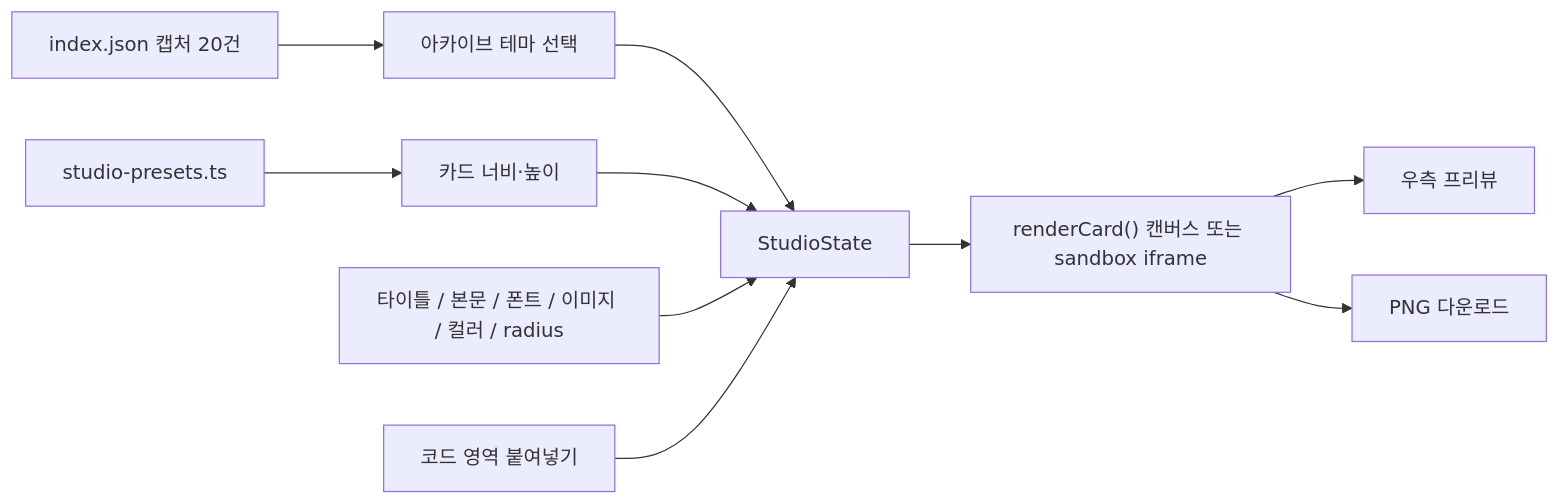
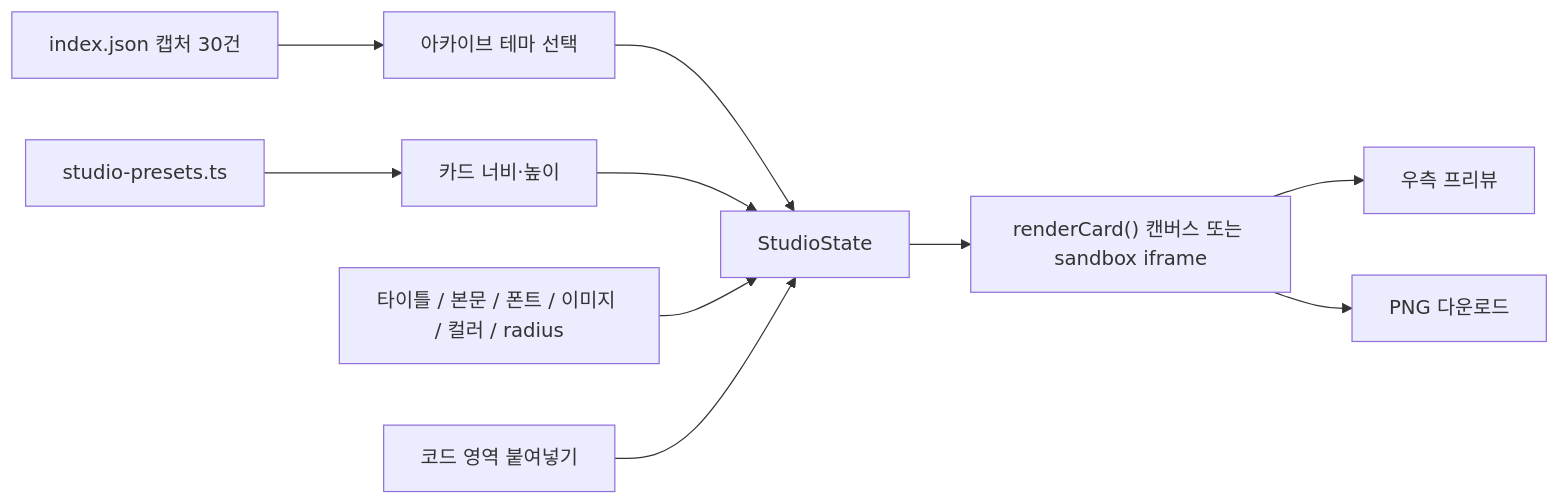
One commit to woongs2021/AX-DESIGN-TOOL changed the diagram in docs/phase-1-online-marketing-studio.md. Above: the diagram before and after it, drawn with Mermaid. The commit also changed other lines of this file and 98 other files, not shown here.

````diff
--- a/docs/phase-1-online-marketing-studio.md
+++ b/docs/phase-1-online-marketing-studio.md
@@ -126,12 +126,12 @@
 ```mermaid
 flowchart LR
-  index["index.json 캡처 20건"] --> theme["아카이브 테마 선택"]
+  index["index.json 캡처 30건"] --> theme["아카이브 테마 선택"]
   preset["studio-presets.ts"] --> size["카드 너비·높이"]
   theme --> state["StudioState"]
   size --> state
   inputs["타이틀 / 본문 / 폰트 / 이미지 / 컬러 / radius"] --> state
   code["코드 영역 붙여넣기"] --> state
   state --> render["renderCard() 캔버스 또는 sandbox iframe"]
   render --> preview["우측 프리뷰"]
   render --> png["PNG 다운로드"]
 ```
````
